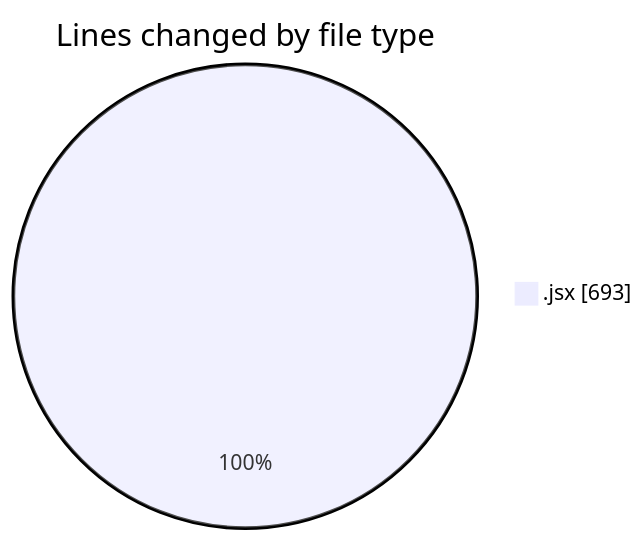
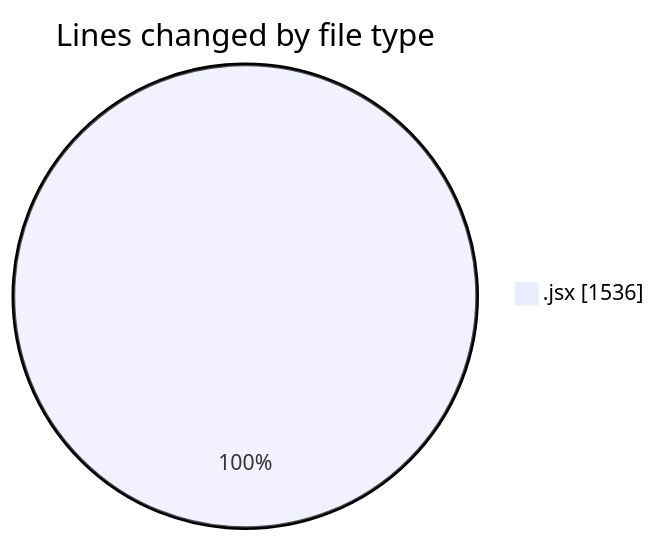
One commit to nxtqubesakshisongat/code-tracking changed the first of 2 diagrams in 2025-06-06/nxtqube_webapp/README.md. Above: the diagram before and after it, drawn with Mermaid. The commit also changed other lines of this file and 1 other file, not shown here.

````diff
--- a/2025-06-06/nxtqube_webapp/README.md
+++ b/2025-06-06/nxtqube_webapp/README.md
@@ -20,5 +20,5 @@
 ```mermaid
 pie showData
 title Lines changed by file type
-".jsx" : 693
+".jsx" : 1536
 ```
````
